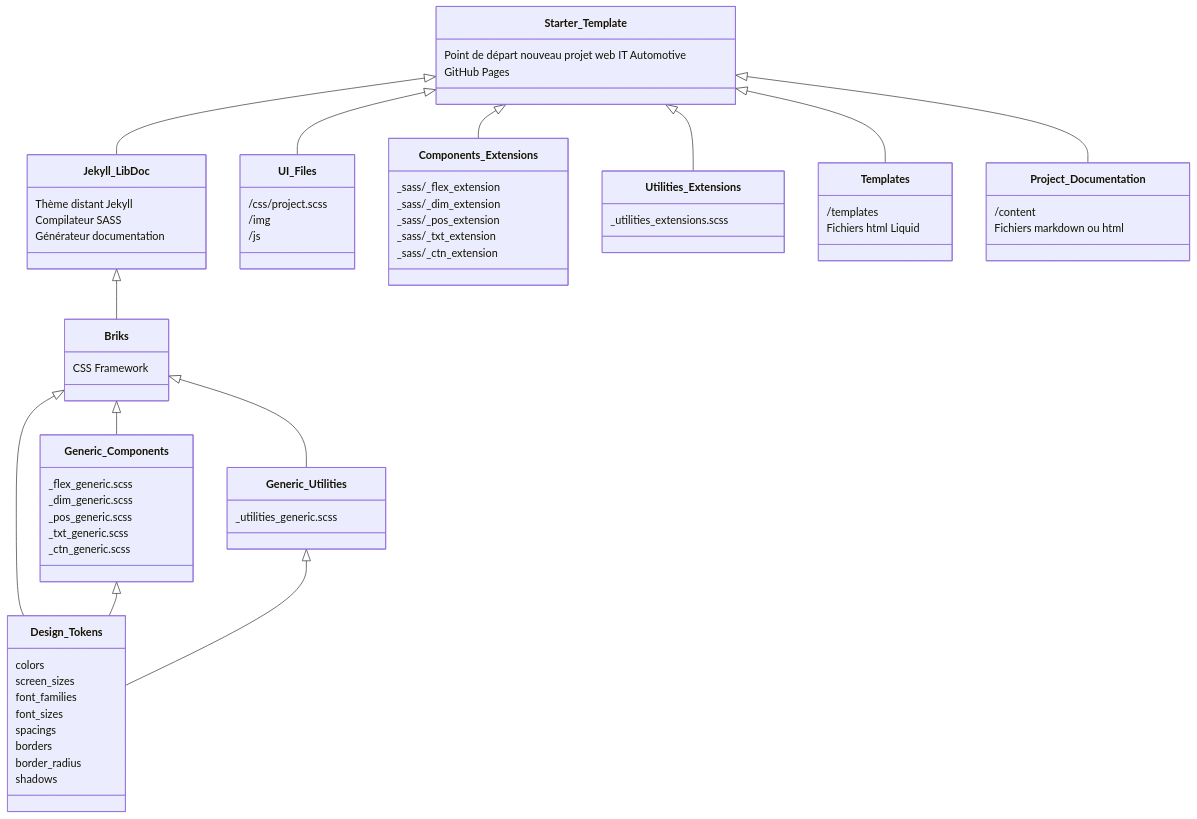
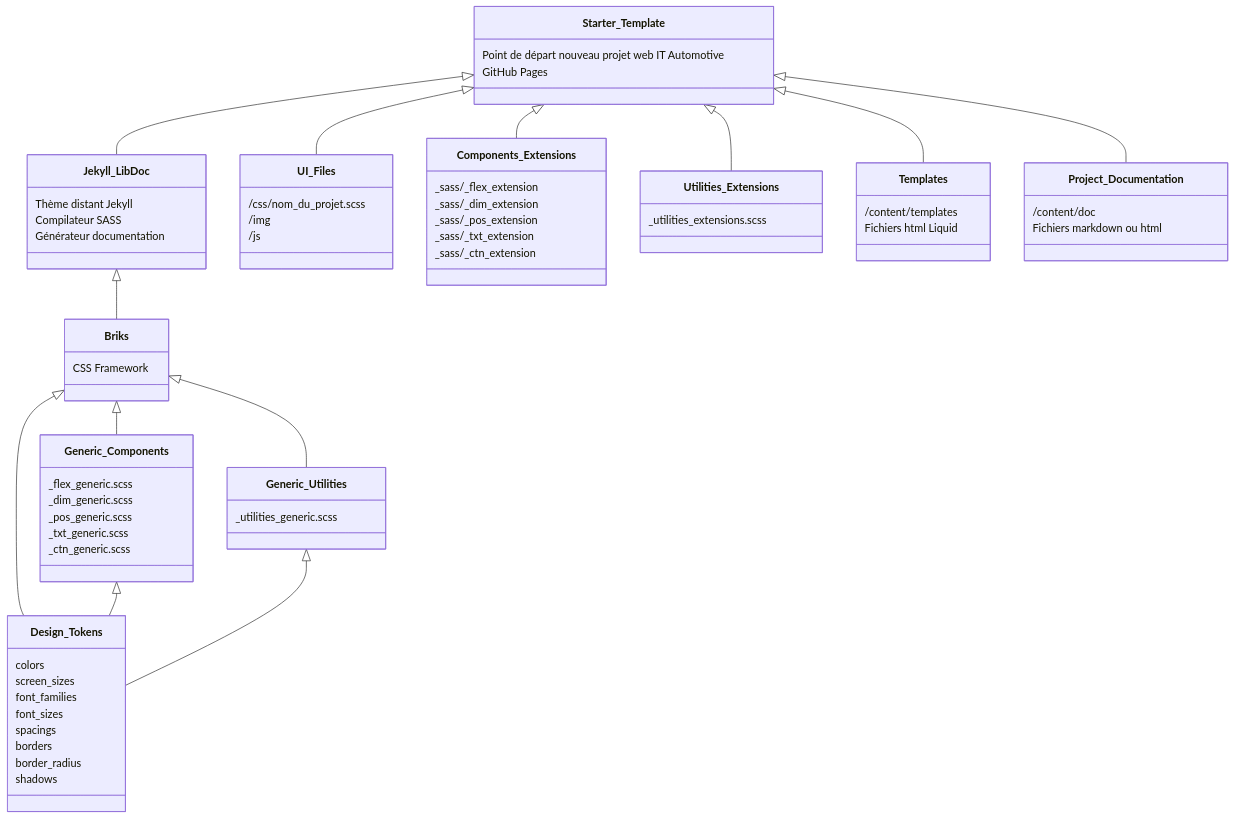
Before and after one commit to ita-design-system/starter-template: the diagram in README.md, drawn with Mermaid.

````diff
--- a/README.md
+++ b/README.md
@@ -5,70 +5,70 @@
 ```mermaid
 classDiagram
     Jekyll_LibDoc <|-- Briks
     Briks <|-- Generic_Utilities
     Briks <|-- Generic_Components
     Briks <|-- Design_Tokens
     Starter_Template <|-- Jekyll_LibDoc
     Starter_Template <|-- UI_Files
     Starter_Template <|-- Components_Extensions
     Starter_Template <|-- Utilities_Extensions
     Starter_Template <|-- Templates
     Starter_Template <|-- Project_Documentation
     Generic_Components <|-- Design_Tokens
     Generic_Utilities <|-- Design_Tokens
     class Starter_Template {
         Point de départ nouveau projet web IT Automotive
         GitHub Pages
     }
     class Jekyll_LibDoc{
         Thème distant Jekyll
         Compilateur SASS
         Générateur documentation
     }
     class Project_Documentation {
-        /content
+        /content/doc
         Fichiers markdown ou html
     }
     class Templates {
-        /templates
+        /content/templates
         Fichiers html Liquid
     }
     class Components_Extensions {
         _sass/_flex_extension
         _sass/_dim_extension
         _sass/_pos_extension
         _sass/_txt_extension
         _sass/_ctn_extension
     }
     class Generic_Components {
         _flex_generic.scss
         _dim_generic.scss
         _pos_generic.scss
         _txt_generic.scss
         _ctn_generic.scss
     }
     class Generic_Utilities {
         _utilities_generic.scss
     }
     class Utilities_Extensions {
         _utilities_extensions.scss
     }
     class Briks{
         CSS Framework
     }
     class Design_Tokens {
         colors
         screen_sizes
         font_families
         font_sizes
         spacings
         borders
         border_radius
         shadows
     }
     class UI_Files {
-        /css/project.scss
+        /css/nom_du_projet.scss
         /img
         /js
     }
 ```
````
